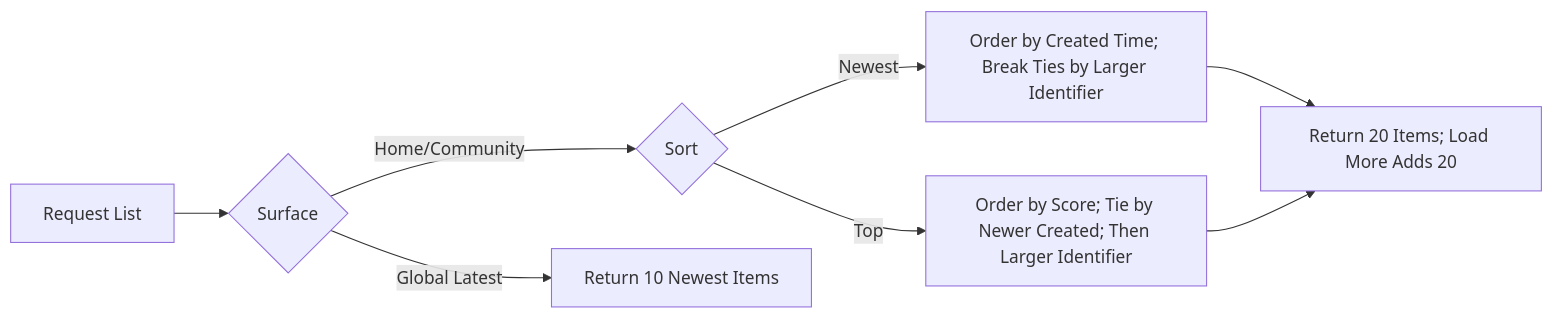
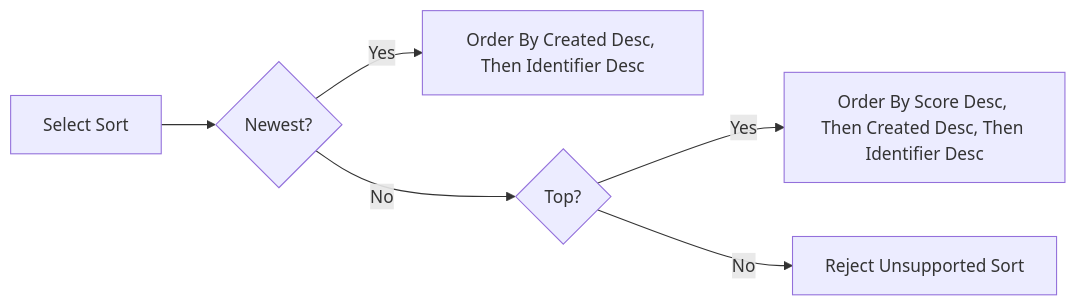
One commit to wrtnlabs/autobe-example-reddit-openai-gpt-5 changed the eighth of 9 diagrams in docs/analysis/01-service-overview.md. Above: the diagram before and after it, drawn with Mermaid. The commit also changed other lines of this file and 721 other files, not shown here.

````diff
--- a/docs/analysis/01-service-overview.md
+++ b/docs/analysis/01-service-overview.md
@@ -228,10 +313,8 @@
 ```mermaid
 graph LR
-  X["Request List"] --> Y{"Surface"}
-  Y -->|"Home/Community"| Z{"Sort"}
-  Y -->|"Global Latest"| GL["Return 10 Newest Items"]
-  Z -->|"Newest"| N["Order by Created Time; Break Ties by Larger Identifier"]
-  Z -->|"Top"| T["Order by Score; Tie by Newer Created; Then Larger Identifier"]
-  N --> P["Return 20 Items; Load More Adds 20"]
-  T --> P
+  A["Select Sort"] --> B{"Newest?"}
+  B -->|"Yes"| C["Order By Created Desc, Then Identifier Desc"]
+  B -->|"No"| D{"Top?"}
+  D -->|"Yes"| E["Order By Score Desc, Then Created Desc, Then Identifier Desc"]
+  D -->|"No"| F["Reject Unsupported Sort"]
 ```
````
